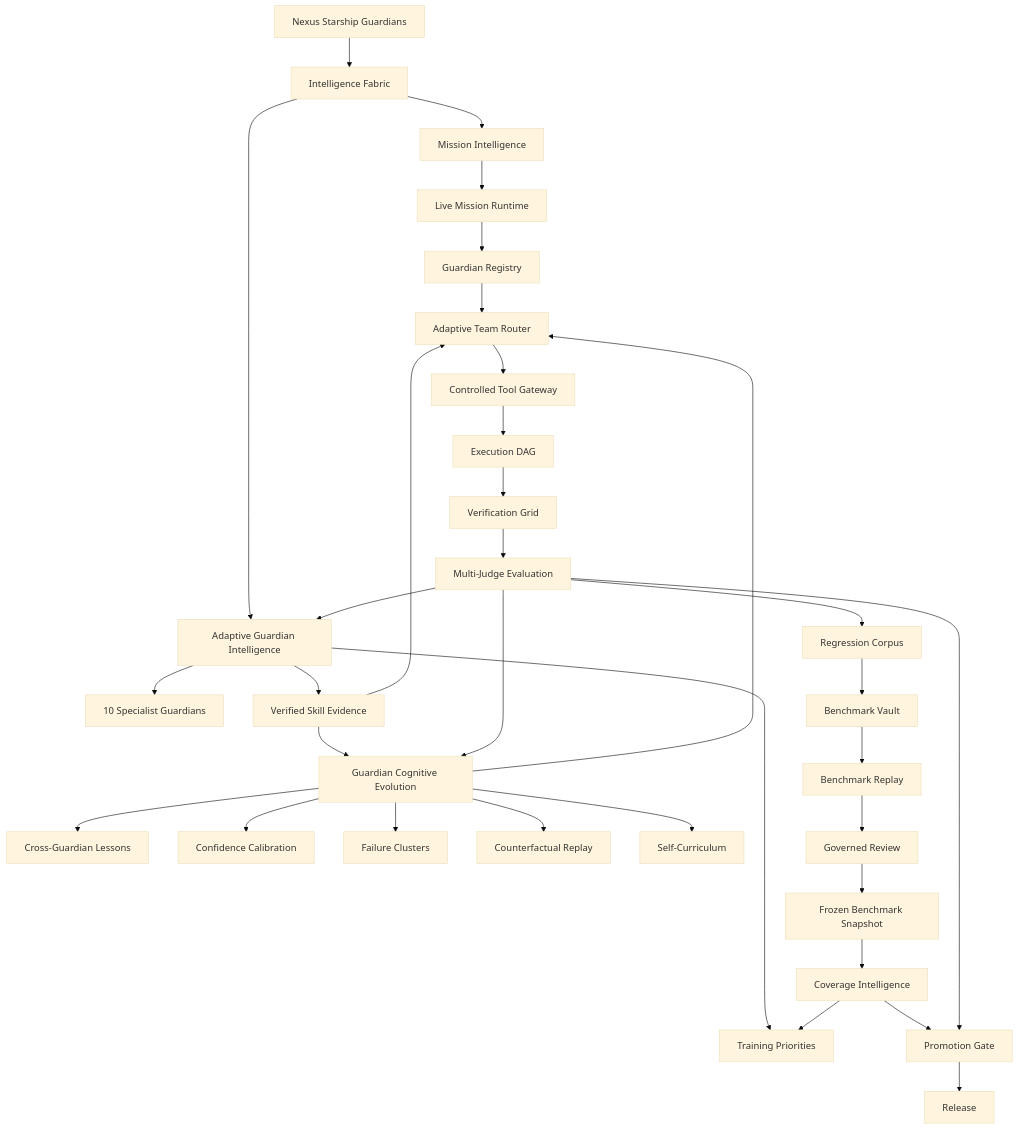
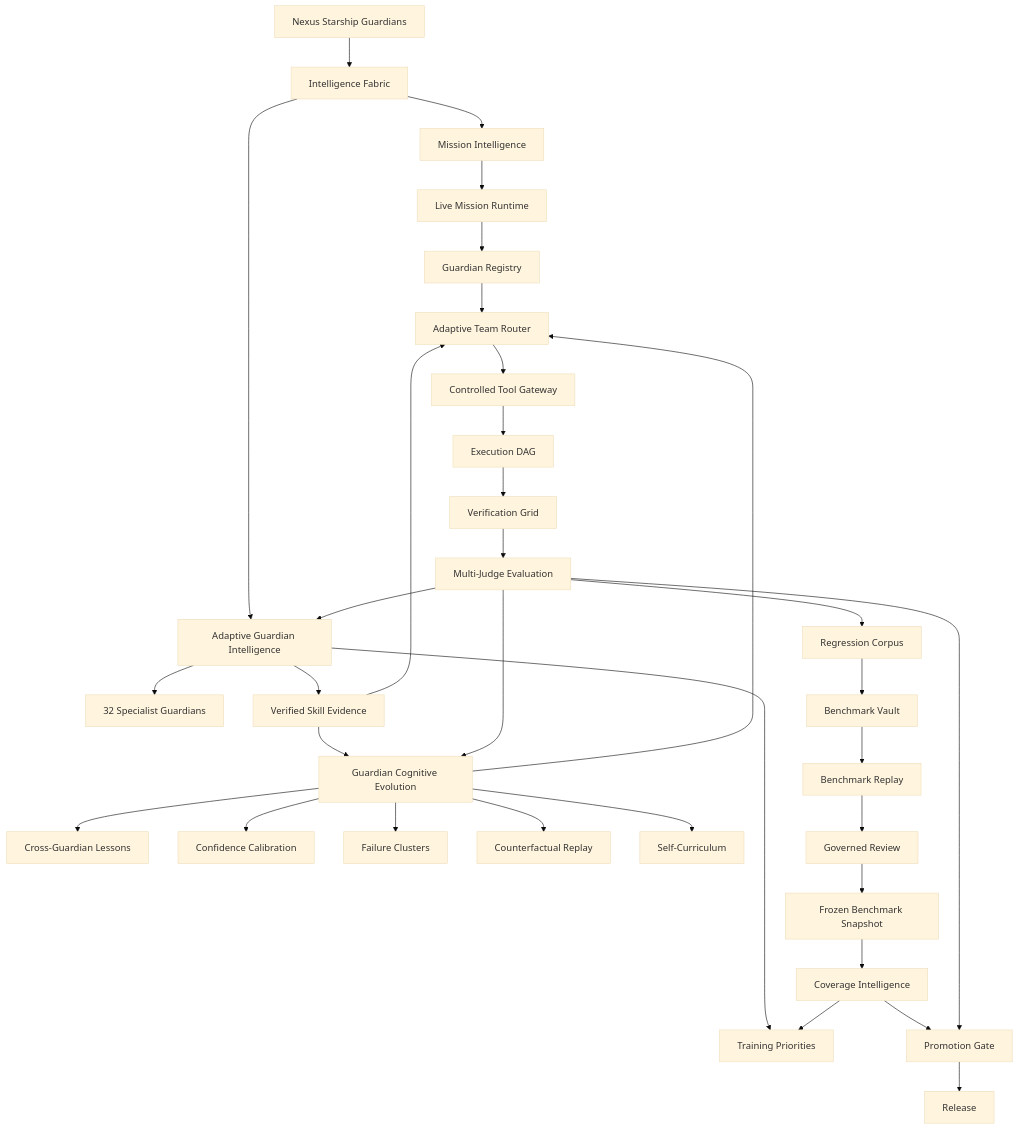
Before and after one commit to lois4801/NEXUS-Starship-Guardians: the diagram in README.md, drawn with Mermaid (base theme). The commit also changed other lines of this file and 65 other files, not shown here.

First line of the commit message:
v0.9.0 — 32-role specialist roster, company runtime, premium motion-graphic docs + website (#14)

````diff
--- a/README.md
+++ b/README.md
@@ -118,40 +194,40 @@
 ```mermaid
 flowchart TD
     A[Nexus Starship Guardians] --> B[Intelligence Fabric]
     B --> M[Mission Intelligence]
     M --> R[Live Mission Runtime]
     R --> G[Guardian Registry]
 
     B --> AGI[Adaptive Guardian Intelligence]
-    AGI --> S[10 Specialist Guardians]
+    AGI --> S[32 Specialist Guardians]
     AGI --> SK[Verified Skill Evidence]
     AGI --> TP[Training Priorities]
 
     SK --> CE[Guardian Cognitive Evolution]
     CE --> KL[Cross-Guardian Lessons]
     CE --> CC[Confidence Calibration]
     CE --> FC[Failure Clusters]
     CE --> CF[Counterfactual Replay]
     CE --> SC[Self-Curriculum]
 
     G --> AR[Adaptive Team Router]
     SK --> AR
     CE --> AR
     AR --> TG[Controlled Tool Gateway]
     TG --> EX[Execution DAG]
     EX --> V[Verification Grid]
     V --> MJ[Multi-Judge Evaluation]
     MJ --> AGI
     MJ --> CE
 
     MJ --> RC[Regression Corpus]
     RC --> BV[Benchmark Vault]
     BV --> BR[Benchmark Replay]
     BR --> GR[Governed Review]
     GR --> BS[Frozen Benchmark Snapshot]
     BS --> CI[Coverage Intelligence]
     CI --> TP
     CI --> PG[Promotion Gate]
     MJ --> PG
     PG --> REL[Release]
 ```
````
